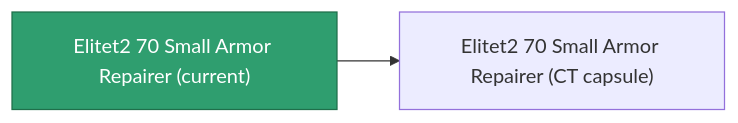
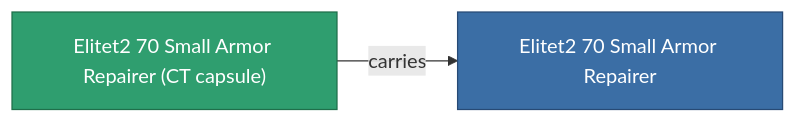
Before and after one commit to OpenPerpetuum/Wiki: the diagram in content/content/items/elitet2_70_small_armor_repairer.md, drawn with Mermaid. The commit also changed other lines of this file and 2015 other files, not shown here.

````diff
--- a/content/content/items/elitet2_70_small_armor_repairer.md
+++ b/content/content/items/elitet2_70_small_armor_repairer.md
@@ -36,8 +36,9 @@
 ```mermaid
 graph LR
-    a["Elitet2 70 Small Armor Repairer (current)"]:::current
-    b["Elitet2 70 Small Armor Repairer (CT capsule)"]
-    a --> b
-    click b "/content/items/elitet2-70-small-armor-repairer-ct-capsule/" "Elitet2 70 Small Armor Repairer (CT capsule)"
+    a["Elitet2 70 Small Armor Repairer (CT capsule)"]:::current
+    b["Elitet2 70 Small Armor Repairer"]:::finished
+    a -->|carries| b
+                click b "/content/items/elitet2-70-small-armor-repairer/" "Elitet2 70 Small Armor Repairer"
     classDef current fill:#2f9e6f,stroke:#1f6f4a,color:#ffffff
+    classDef finished fill:#3b6ea5,stroke:#274a75,color:#ffffff
 ```
````
